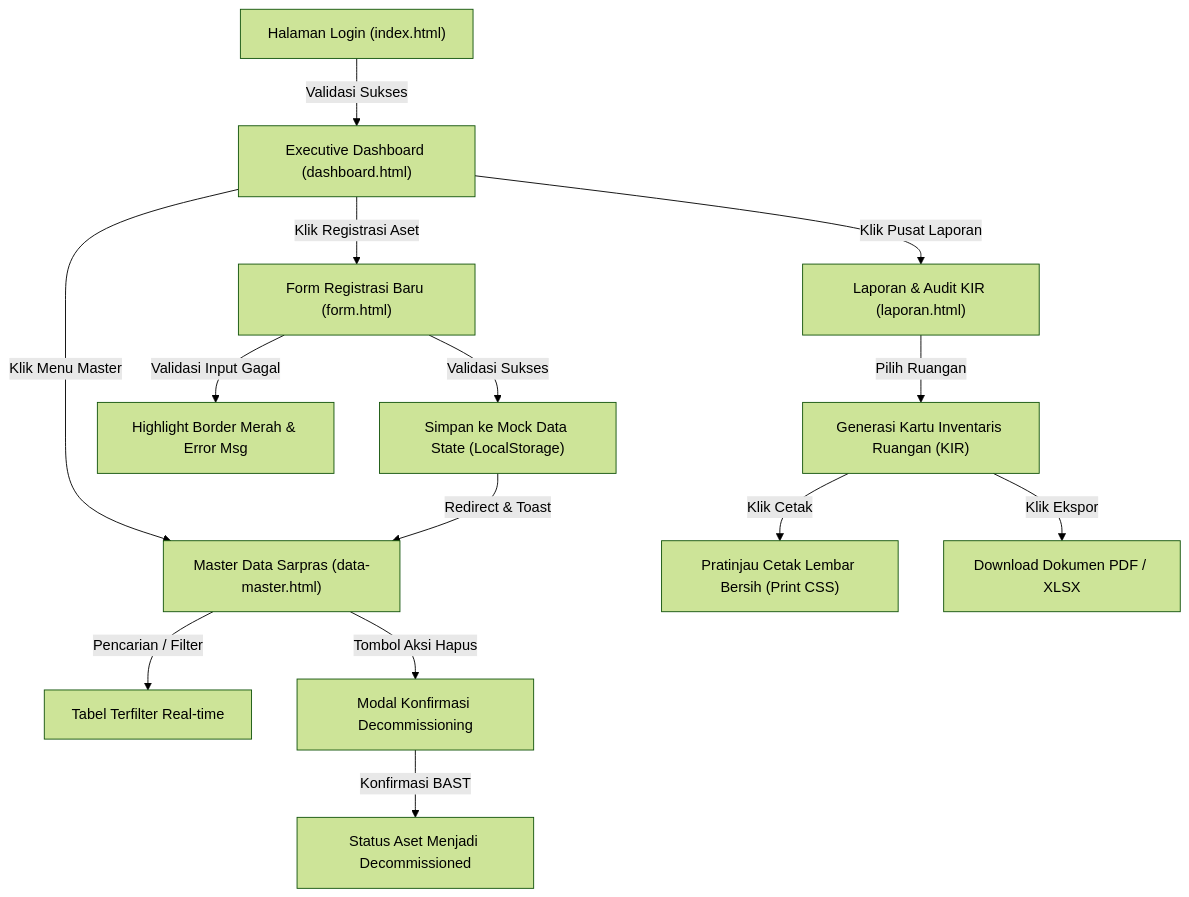
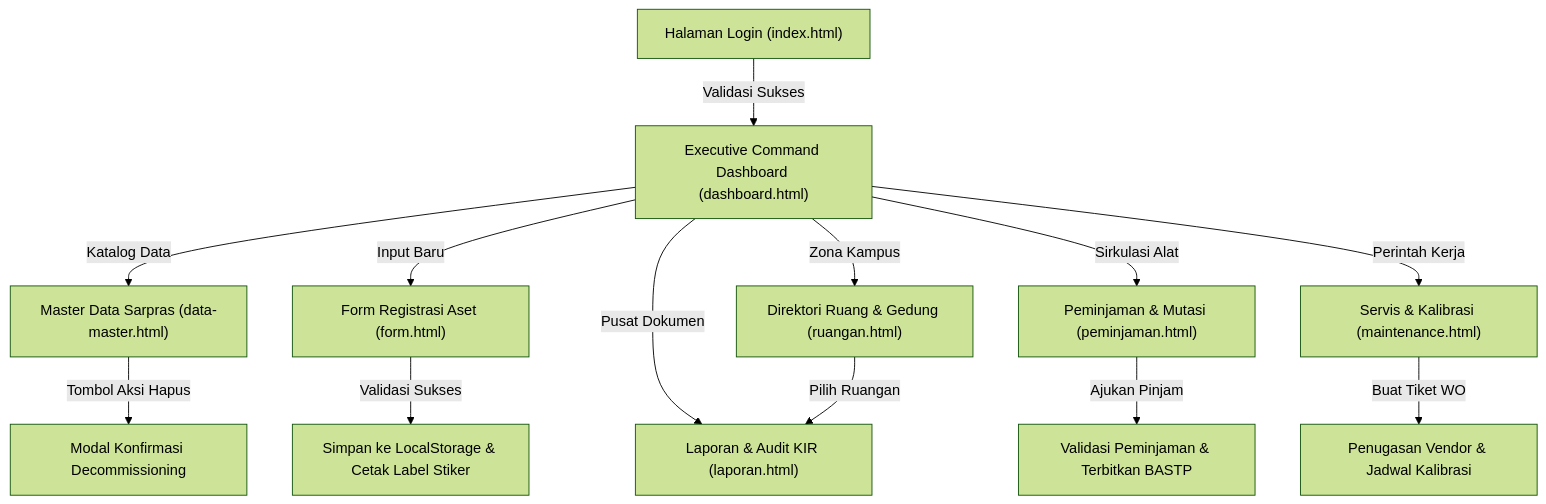
One commit to HeinrichRaxwell/SARPRAS-ACADEMIA changed the second of 3 diagrams in docs/perancangan.md. Above: the diagram before and after it, drawn with Mermaid (forest theme). The commit also changed other lines of this file and 5 other files, not shown here.

````diff
--- a/docs/perancangan.md
+++ b/docs/perancangan.md
@@ -348,19 +391,16 @@
 ```mermaid
 graph TD
-    A["Halaman Login (index.html)"] -->|Validasi Sukses| B["Executive Dashboard (dashboard.html)"]
-    B -->|Klik Menu Master| C["Master Data Sarpras (data-master.html)"]
-    B -->|Klik Registrasi Aset| D["Form Registrasi Baru (form.html)"]
-    B -->|Klik Pusat Laporan| E["Laporan & Audit KIR (laporan.html)"]
+    A["Halaman Login (index.html)"] -->|Validasi Sukses| B["Executive Command Dashboard (dashboard.html)"]
+    B -->|Katalog Data| C["Master Data Sarpras (data-master.html)"]
+    B -->|Input Baru| D["Form Registrasi Aset (form.html)"]
+    B -->|Pusat Dokumen| E["Laporan & Audit KIR (laporan.html)"]
+    B -->|Sirkulasi Alat| F["Peminjaman & Mutasi (peminjaman.html)"]
+    B -->|Perintah Kerja| G["Servis & Kalibrasi (maintenance.html)"]
+    B -->|Zona Kampus| H["Direktori Ruang & Gedung (ruangan.html)"]
     
-    C -->|Pencarian / Filter| C1["Tabel Terfilter Real-time"]
-    C -->|Tombol Aksi Hapus| C2["Modal Konfirmasi Decommissioning"]
-    C2 -->|Konfirmasi BAST| C3["Status Aset Menjadi Decommissioned"]
-    
-    D -->|Validasi Input Gagal| D1["Highlight Border Merah & Error Msg"]
-    D -->|Validasi Sukses| D2["Simpan ke Mock Data State (LocalStorage)"]
-    D2 -->|Redirect & Toast| C
-    
-    E -->|Pilih Ruangan| E1["Generasi Kartu Inventaris Ruangan (KIR)"]
-    E1 -->|Klik Cetak| E2["Pratinjau Cetak Lembar Bersih (Print CSS)"]
-    E1 -->|Klik Ekspor| E3["Download Dokumen PDF / XLSX"]
+    C -->|Tombol Aksi Hapus| C1["Modal Konfirmasi Decommissioning"]
+    D -->|Validasi Sukses| D1["Simpan ke LocalStorage & Cetak Label Stiker"]
+    F -->|Ajukan Pinjam| F1["Validasi Peminjaman & Terbitkan BASTP"]
+    G -->|Buat Tiket WO| G1["Penugasan Vendor & Jadwal Kalibrasi"]
+    H -->|Pilih Ruangan| E
 ```
````
